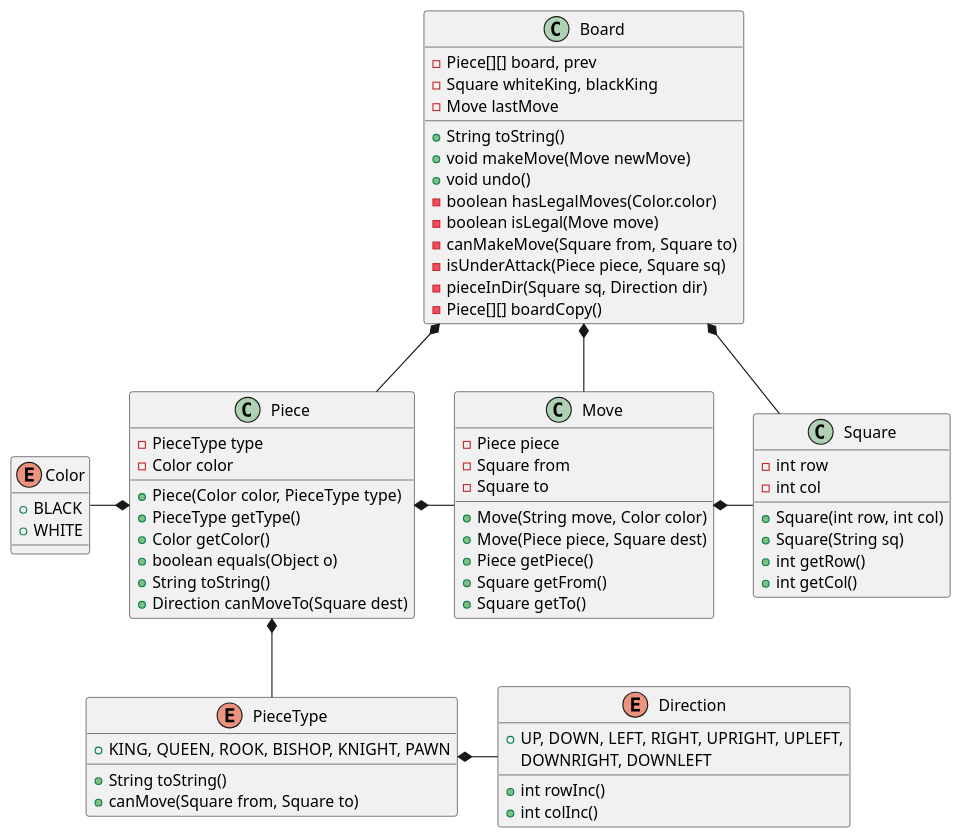
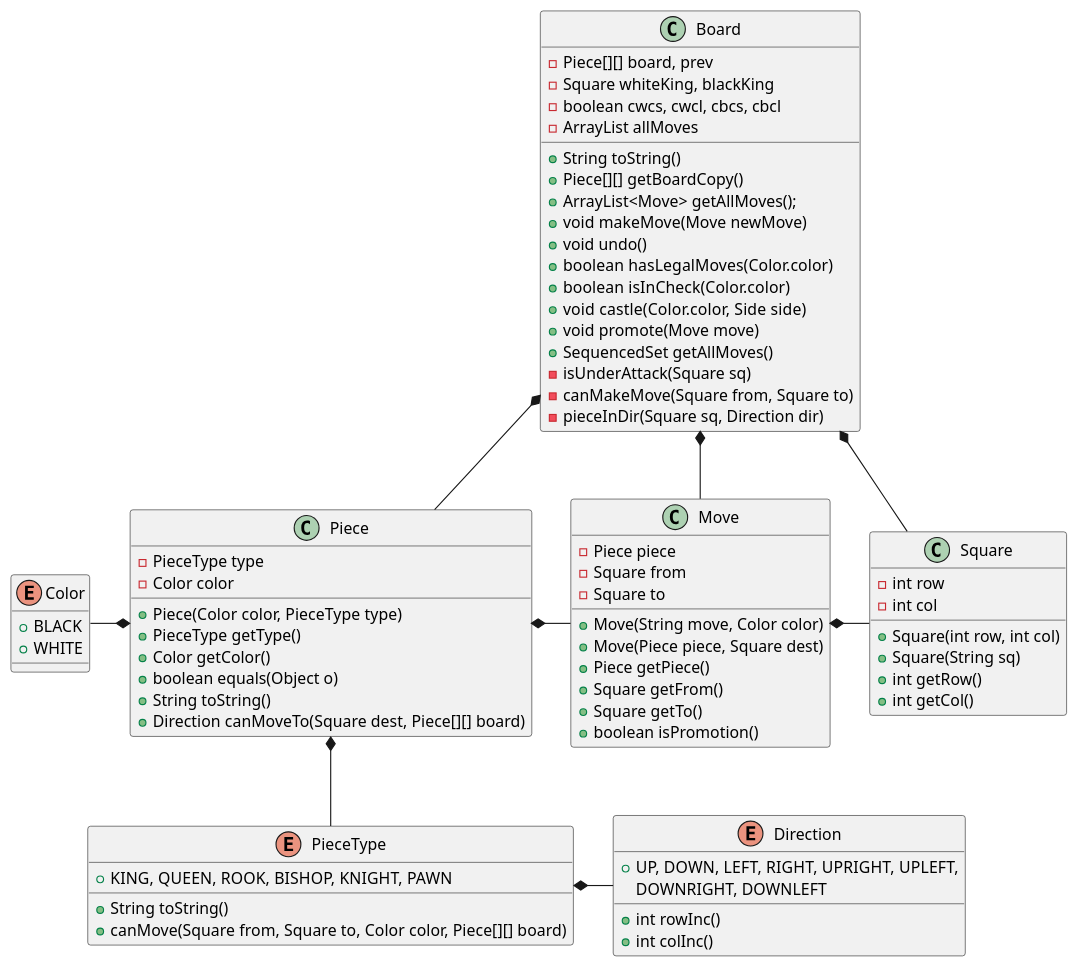
Before and after one commit to rodrihern/POO-ITBA: the diagram in src/Chess/utils/Chess_diagram.puml, drawn with PlantUML. The commit also changed 7 other files, not shown here.

Commit message:
changed canMove

```diff
--- a/src/Chess/utils/Chess_diagram.puml
+++ b/src/Chess/utils/Chess_diagram.puml
@@ -1,77 +1,84 @@
 @startuml
 
 
 class Board {
     -Piece[][] board, prev
     -Square whiteKing, blackKing
-    -Move lastMove
+    -boolean cwcs, cwcl, cbcs, cbcl
+    -ArrayList allMoves
     +String toString()
+    +Piece[][] getBoardCopy()
+    +ArrayList<Move> getAllMoves();
     +void makeMove(Move newMove)
     +void undo()
-    -boolean hasLegalMoves(Color.color)
-    -boolean isLegal(Move move)
+    +boolean hasLegalMoves(Color.color)
+    +boolean isInCheck(Color.color)
+    +void castle(Color.color, Side side)
+    +void promote(Move move)
+    +SequencedSet getAllMoves()
+    -isUnderAttack(Square sq)
     -canMakeMove(Square from, Square to)
-    -isUnderAttack(Piece piece, Square sq)
     -pieceInDir(Square sq, Direction dir)
-    -Piece[][] boardCopy()
+
 }
 
 class Piece {
     -PieceType type
     -Color color
     +Piece(Color color, PieceType type)
     +PieceType getType()
     +Color getColor()
     +boolean equals(Object o)
     +String toString()
-    +Direction canMoveTo(Square dest)
+    +Direction canMoveTo(Square dest, Piece[][] board)
 }
 
 class Move {
     -Piece piece
     -Square from
     -Square to
     +Move(String move, Color color)
     +Move(Piece piece, Square dest)
     +Piece getPiece()
     +Square getFrom()
     +Square getTo()
+    +boolean isPromotion()
 }
 
 class Square {
     -int row
     -int col
     +Square(int row, int col)
     +Square(String sq)
     +int getRow()
     +int getCol()
 }
 
 enum Color {
     +BLACK
     +WHITE
 }
 
 enum Direction {
     +UP, DOWN, LEFT, RIGHT, UPRIGHT, UPLEFT,
     DOWNRIGHT, DOWNLEFT
     +int rowInc()
     +int colInc()
 }
 
 enum PieceType {
     +KING, QUEEN, ROOK, BISHOP, KNIGHT, PAWN
     +String toString()
-    +canMove(Square from, Square to)
+    +canMove(Square from, Square to, Color color, Piece[][] board)
 }
 
 Board *- Move
 Board *-- Square
 Move *- Square
 Piece *- Move
 Board *-- Piece
 Piece *-- PieceType
 PieceType *- Direction
 Color -* Piece
 
 @enduml
```
